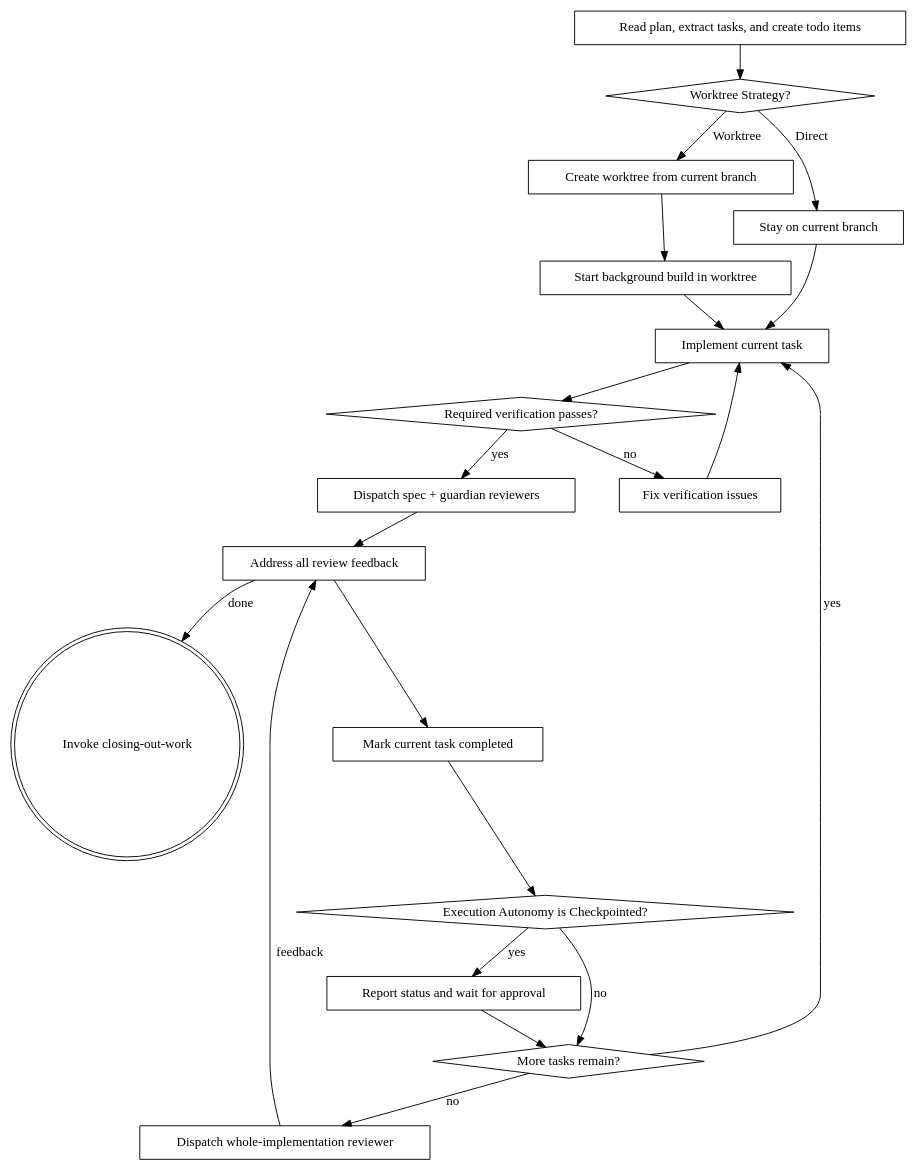
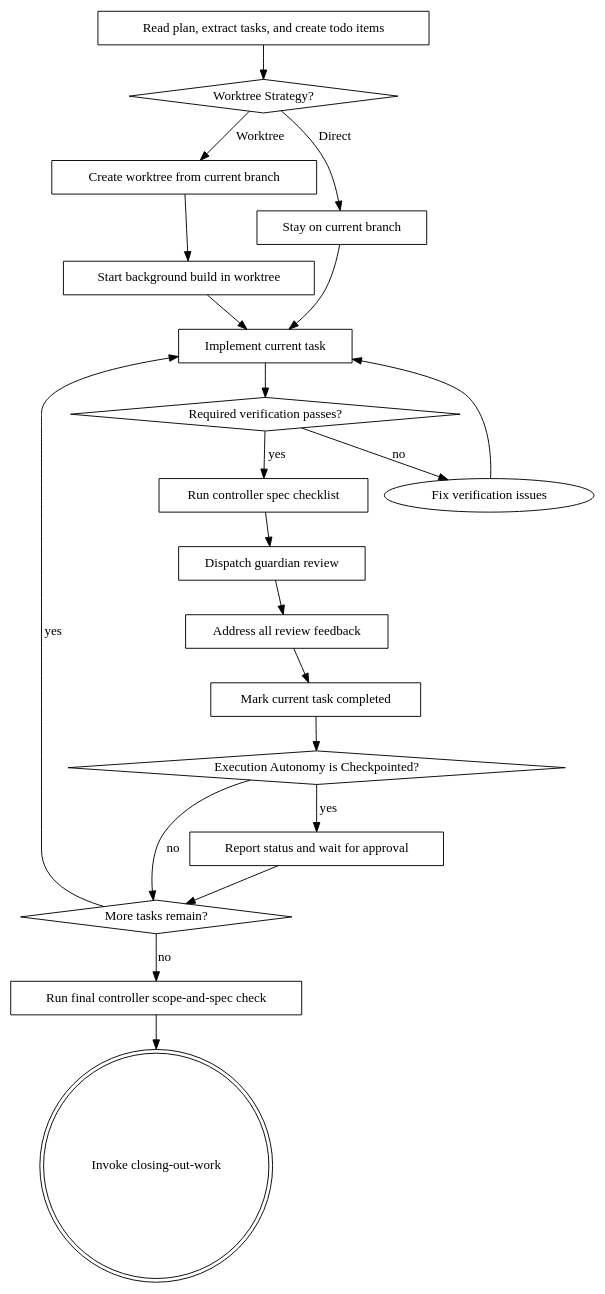
The diagram in extension/skills/executing-plans/SKILL.md (clashmar/know-how), drawn with Graphviz before and after one commit. The commit also changed other lines of this file and 16 other files, not shown here.

````diff
--- a/extension/skills/executing-plans/SKILL.md
+++ b/extension/skills/executing-plans/SKILL.md
@@ -34,41 +34,41 @@
 ```dot
  digraph execution {
      "Read plan, extract tasks, and create todo items" [shape=box];
      "Worktree Strategy?" [shape=diamond];
      "Create worktree from current branch" [shape=box];
      "Stay on current branch" [shape=box];
      "Start background build in worktree" [shape=box];
      "Implement current task" [shape=box];
      "Required verification passes?" [shape=diamond];
-     "Fix verification issues" [shape=box];
-     "Dispatch spec + guardian reviewers" [shape=box];
+     "Run controller spec checklist" [shape=box];
+     "Dispatch guardian review" [shape=box];
      "Address all review feedback" [shape=box];
      "Mark current task completed" [shape=box];
      "Execution Autonomy is Checkpointed?" [shape=diamond];
      "Report status and wait for approval" [shape=box];
      "More tasks remain?" [shape=diamond];
-     "Dispatch whole-implementation reviewer" [shape=box];
+     "Run final controller scope-and-spec check" [shape=box];
      "Invoke closing-out-work" [shape=doublecircle];
 
      "Read plan, extract tasks, and create todo items" -> "Worktree Strategy?";
      "Worktree Strategy?" -> "Create worktree from current branch" [label="Worktree"];
      "Worktree Strategy?" -> "Stay on current branch" [label="Direct"];
      "Create worktree from current branch" -> "Start background build in worktree";
      "Start background build in worktree" -> "Implement current task";
      "Stay on current branch" -> "Implement current task";
      "Implement current task" -> "Required verification passes?";
      "Required verification passes?" -> "Fix verification issues" [label="no"];
      "Fix verification issues" -> "Implement current task";
-     "Required verification passes?" -> "Dispatch spec + guardian reviewers" [label="yes"];
-     "Dispatch spec + guardian reviewers" -> "Address all review feedback";
+     "Required verification passes?" -> "Run controller spec checklist" [label="yes"];
+     "Run controller spec checklist" -> "Dispatch guardian review";
+     "Dispatch guardian review" -> "Address all review feedback";
      "Address all review feedback" -> "Mark current task completed";
      "Mark current task completed" -> "Execution Autonomy is Checkpointed?";
      "Execution Autonomy is Checkpointed?" -> "Report status and wait for approval" [label="yes"];
      "Execution Autonomy is Checkpointed?" -> "More tasks remain?" [label="no"];
      "Report status and wait for approval" -> "More tasks remain?";
      "More tasks remain?" -> "Implement current task" [label="yes"];
-     "More tasks remain?" -> "Dispatch whole-implementation reviewer" [label="no"];
-     "Dispatch whole-implementation reviewer" -> "Address all review feedback" [label="feedback"];
-     "Address all review feedback" -> "Invoke closing-out-work" [label="done"];
+     "More tasks remain?" -> "Run final controller scope-and-spec check" [label="no"];
+     "Run final controller scope-and-spec check" -> "Invoke closing-out-work";
  }
 ```
````
